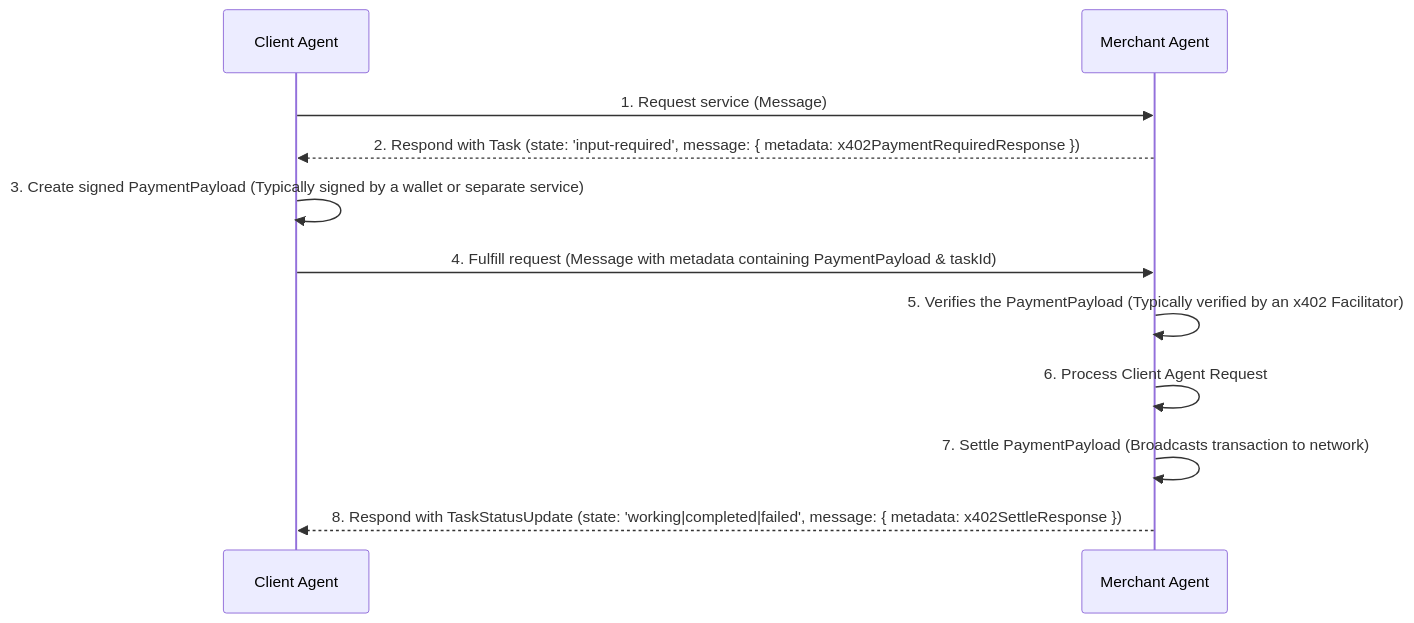
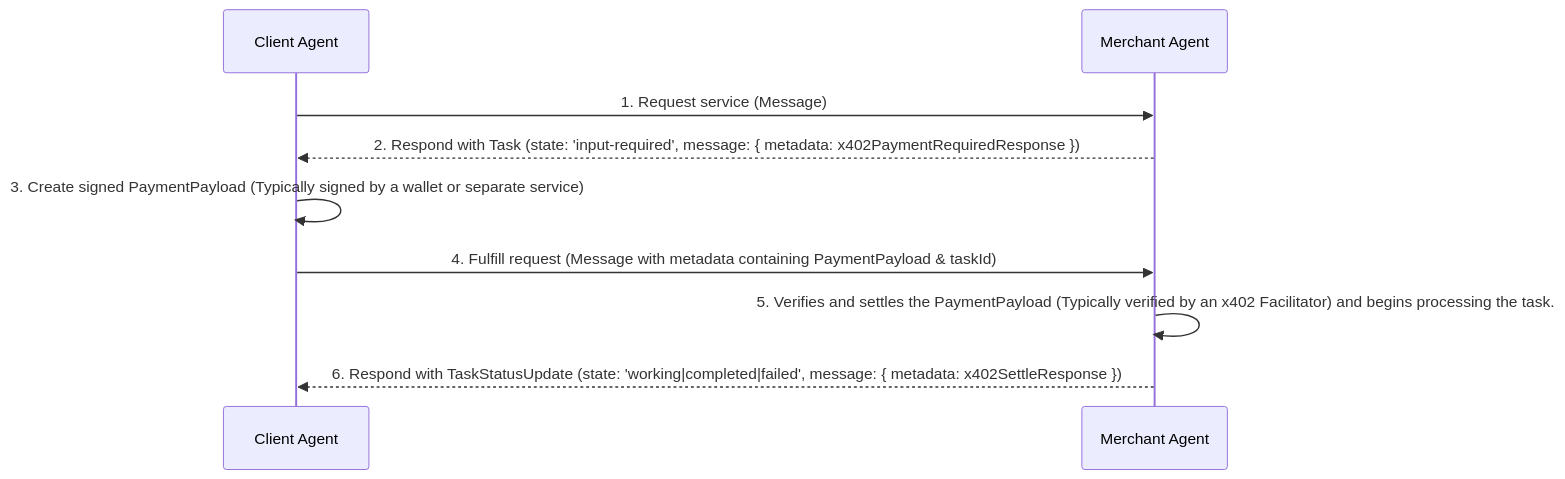
Before and after one commit to google-agentic-commerce/a2a-x402: the first of 2 diagrams in v0.1/spec.md, drawn with Mermaid. The commit also changed other lines of this file, not shown here.

````diff
--- a/v0.1/spec.md
+++ b/v0.1/spec.md
@@ -76,14 +76,12 @@
 ```mermaid
 sequenceDiagram
     participant Client Agent
     participant Merchant Agent
     Client Agent->>Merchant Agent: 1. Request service (Message)
     Merchant Agent-->>Client Agent: 2. Respond with Task (state: 'input-required', message: { metadata: x402PaymentRequiredResponse })
     Client Agent->>Client Agent: 3. Create signed PaymentPayload (Typically signed by a wallet or separate service)
     Client Agent->>Merchant Agent: 4. Fulfill request (Message with metadata containing PaymentPayload & taskId)
-    Merchant Agent->>Merchant Agent: 5. Verifies the PaymentPayload (Typically verified by an x402 Facilitator)
-    Merchant Agent->>Merchant Agent: 6. Process Client Agent Request
-    Merchant Agent->>Merchant Agent: 7. Settle PaymentPayload	(Broadcasts transaction to network) 
-    Merchant Agent-->>Client Agent: 8. Respond with TaskStatusUpdate (state: 'working|completed|failed', message: { metadata: x402SettleResponse })
+    Merchant Agent->>Merchant Agent: 5. Verifies and settles the PaymentPayload (Typically verified by an x402 Facilitator) and begins processing the task.
+    Merchant Agent-->>Client Agent: 6. Respond with TaskStatusUpdate (state: 'working|completed|failed', message: { metadata: x402SettleResponse })
 
 ```
````
